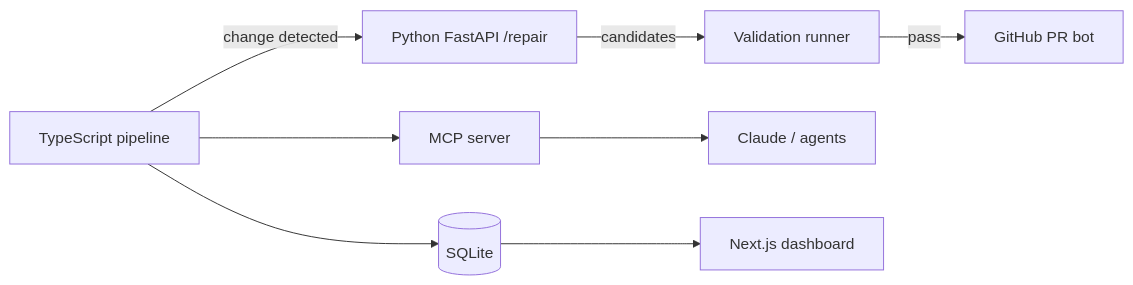
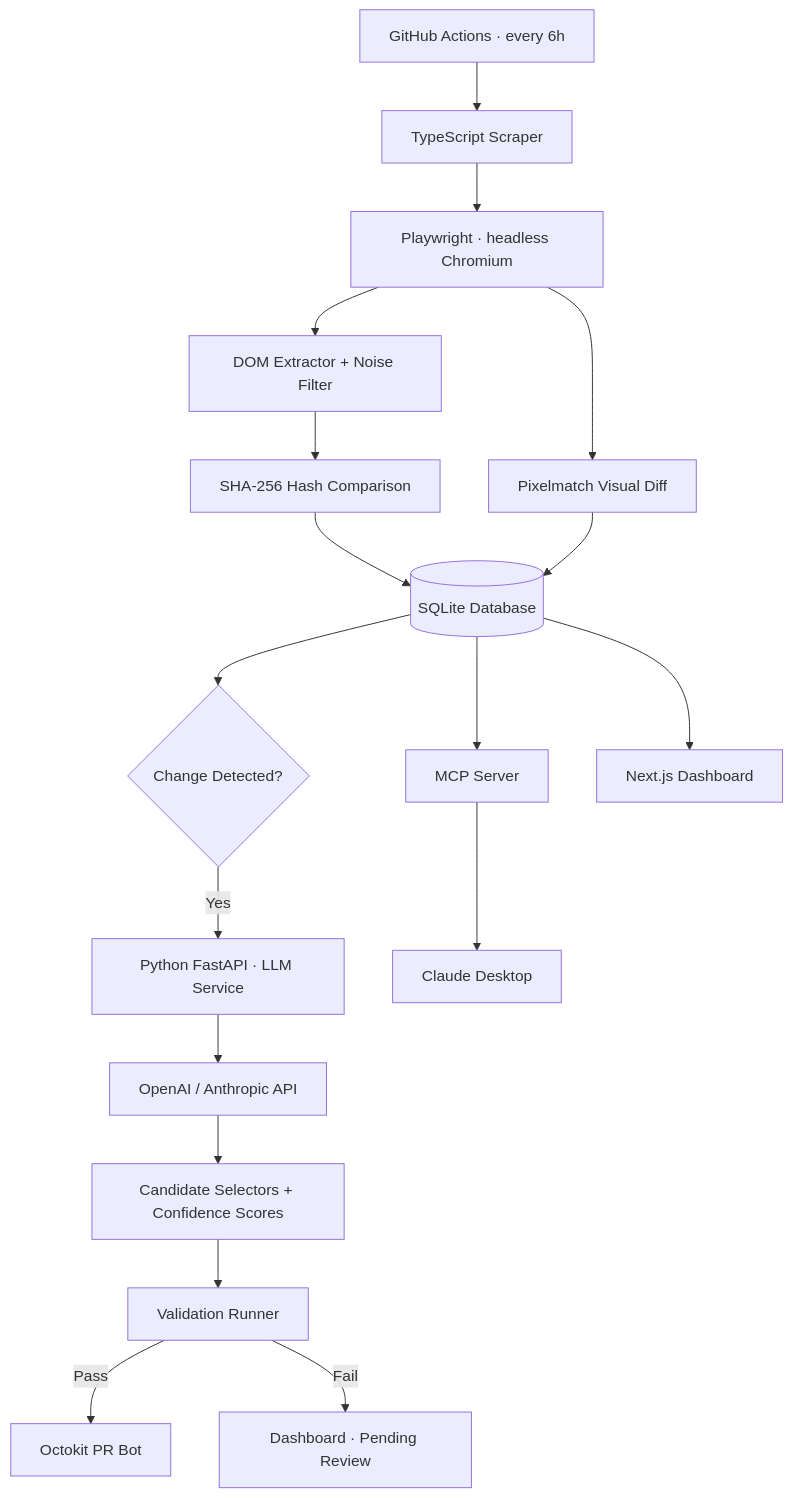
One commit to prarthana2031/Watchtower changed the diagram in README.md. Above: the diagram before and after it, drawn with Mermaid. The commit also changed other lines of this file, not shown here.

````diff
--- a/README.md
+++ b/README.md
@@ -91,10 +37,20 @@
 ```mermaid
-flowchart LR
-  TS[TypeScript pipeline] -->|change detected| PY[Python FastAPI /repair]
-  PY -->|candidates| VAL[Validation runner]
-  VAL -->|pass| PR[GitHub PR bot]
-  TS --> DB[(SQLite)]
-  TS --> MCP[MCP server]
-  MCP --> AI[Claude / agents]
-  DB --> UI[Next.js dashboard]
+graph TD
+  A[GitHub Actions · every 6h] --> B[TypeScript Scraper]
+  B --> C[Playwright · headless Chromium]
+  C --> D[DOM Extractor + Noise Filter]
+  D --> E[SHA-256 Hash Comparison]
+  C --> F[Pixelmatch Visual Diff]
+  E --> G[(SQLite Database)]
+  F --> G
+  G --> H{Change Detected?}
+  H -->|Yes| I[Python FastAPI · LLM Service]
+  I --> J[OpenAI / Anthropic API]
+  J --> K[Candidate Selectors + Confidence Scores]
+  K --> L[Validation Runner]
+  L -->|Pass| M[Octokit PR Bot]
+  L -->|Fail| N[Dashboard · Pending Review]
+  G --> O[MCP Server]
+  O --> P[Claude Desktop]
+  G --> Q[Next.js Dashboard]
 ```
````
